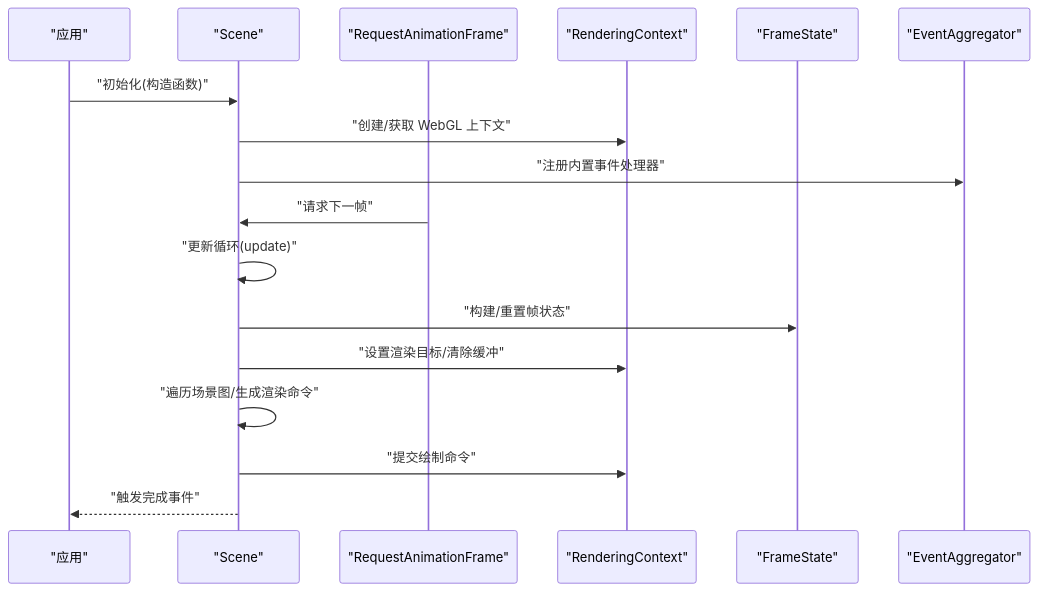
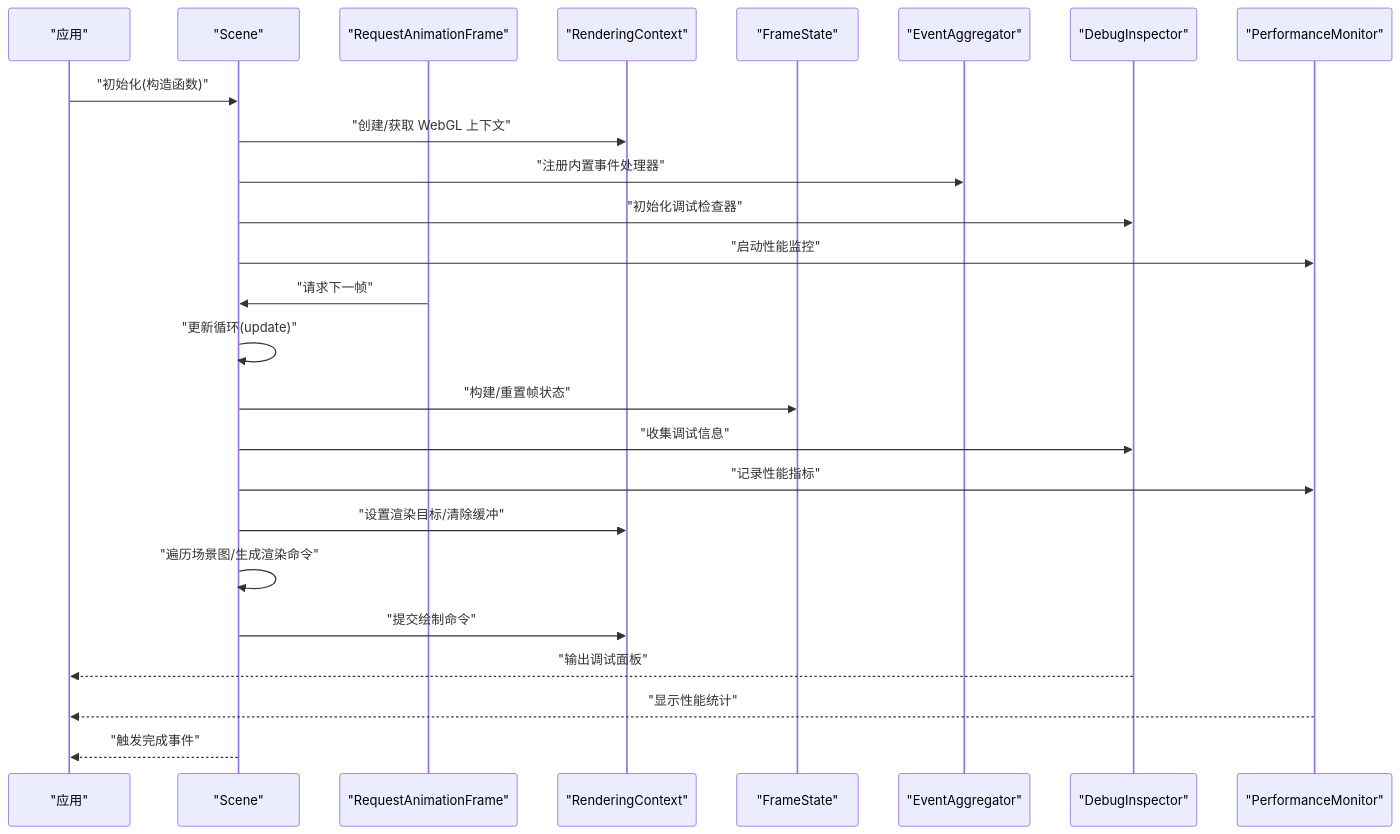
Before and after one commit to rzhangjing/cesium: the second of 8 diagrams in .qoder/repowiki/zh/content/场景管理/场景核心架构.md, drawn with Mermaid. The commit also changed other lines of this file and 52 other files, not shown here.

````diff
--- a/.qoder/repowiki/zh/content/场景管理/场景核心架构.md
+++ b/.qoder/repowiki/zh/content/场景管理/场景核心架构.md
@@ -74,19 +111,27 @@
 ```mermaid
 sequenceDiagram
 participant App as "应用"
 participant Scene as "Scene"
 participant RA as "RequestAnimationFrame"
 participant RC as "RenderingContext"
 participant FS as "FrameState"
 participant EA as "EventAggregator"
+participant DI as "DebugInspector"
+participant PM as "PerformanceMonitor"
 App->>Scene : "初始化(构造函数)"
 Scene->>RC : "创建/获取 WebGL 上下文"
 Scene->>EA : "注册内置事件处理器"
+Scene->>DI : "初始化调试检查器"
+Scene->>PM : "启动性能监控"
 RA->>Scene : "请求下一帧"
 Scene->>Scene : "更新循环(update)"
 Scene->>FS : "构建/重置帧状态"
+Scene->>DI : "收集调试信息"
+Scene->>PM : "记录性能指标"
 Scene->>RC : "设置渲染目标/清除缓冲"
 Scene->>Scene : "遍历场景图/生成渲染命令"
 Scene->>RC : "提交绘制命令"
+DI-->>App : "输出调试面板"
+PM-->>App : "显示性能统计"
 Scene-->>App : "触发完成事件"
 ```
````
